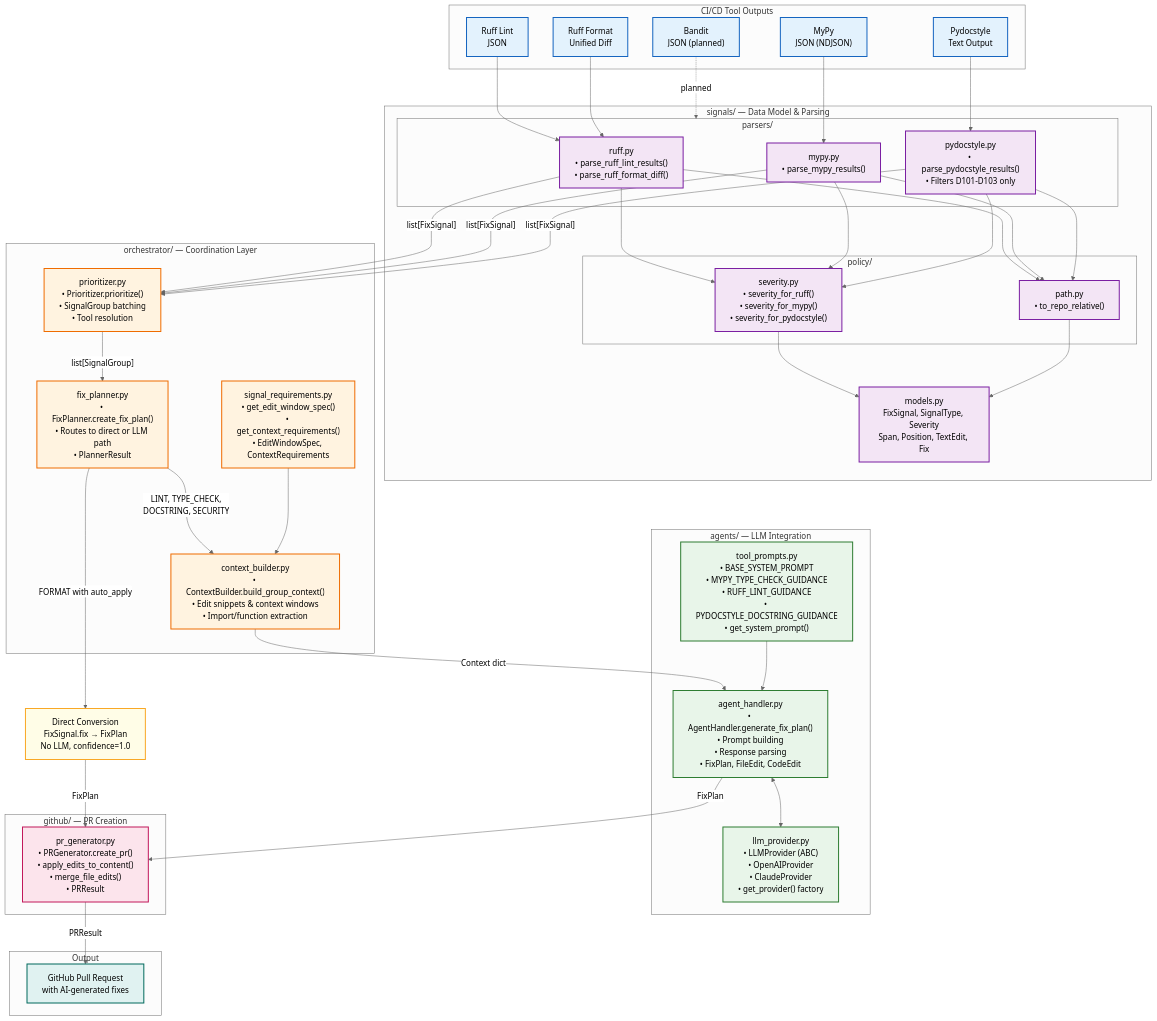
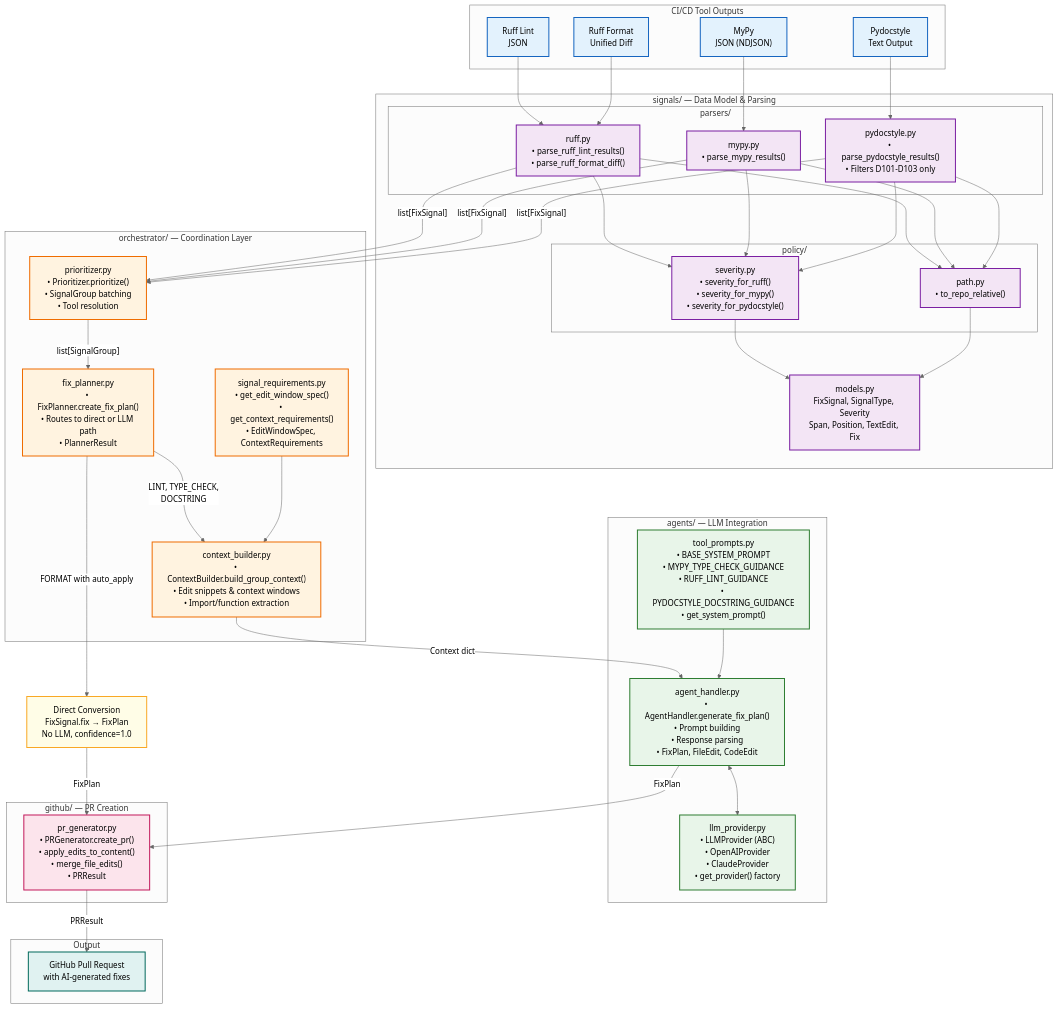
One commit to davidjmoloney/cicd-ai-assistant changed the first of 7 diagrams in docs/module-architecture-diagram.md. Above: the diagram before and after it, drawn with Mermaid (neutral theme). The commit also changed other lines of this file and 31 other files, not shown here.

Commit message:
Removing depricated files and code blocks for planned bandit inclusion

```diff
--- a/docs/module-architecture-diagram.md
+++ b/docs/module-architecture-diagram.md
@@ -13,7 +13,6 @@
         RuffFormat["Ruff Format<br/>Unified Diff"]
         MyPy["MyPy<br/>JSON (NDJSON)"]
         PyDocStyle["Pydocstyle<br/>Text Output"]
-        Bandit["Bandit<br/>JSON (planned)"]
     end
 
     subgraph Signals["signals/ — Data Model & Parsing"]
@@ -62,7 +61,6 @@
     RuffFormat --> RuffParser
     MyPy --> MyPyParser
     PyDocStyle --> PyDocStyleParser
-    Bandit -.->|"planned"| Parsers
 
     %% Parser dependencies
     RuffParser --> SeverityPolicy
@@ -85,7 +83,7 @@
 
     %% Fix Planner routing
     FixPlanner -->|"FORMAT with auto_apply"| DirectPath["Direct Conversion<br/>FixSignal.fix → FixPlan<br/>No LLM, confidence=1.0"]
-    FixPlanner -->|"LINT, TYPE_CHECK,<br/>DOCSTRING, SECURITY"| ContextBuilder
+    FixPlanner -->|"LINT, TYPE_CHECK,<br/>DOCSTRING"| ContextBuilder
 
     %% Context building
     SignalReqs --> ContextBuilder
@@ -111,7 +109,7 @@
     classDef outputClass fill:#e0f2f1,stroke:#00695c,stroke-width:2px
     classDef directPath fill:#fffde7,stroke:#f9a825,stroke-width:2px
 
-    class RuffLint,RuffFormat,MyPy,PyDocStyle,Bandit inputClass
+    class RuffLint,RuffFormat,MyPy,PyDocStyle inputClass
     class RuffParser,MyPyParser,PyDocStyleParser,SeverityPolicy,PathPolicy,SignalModels signalsClass
     class Prioritizer,SignalReqs,ContextBuilder,FixPlanner orchestratorClass
     class ToolPrompts,AgentHandler,LLMProvider agentsClass
```
